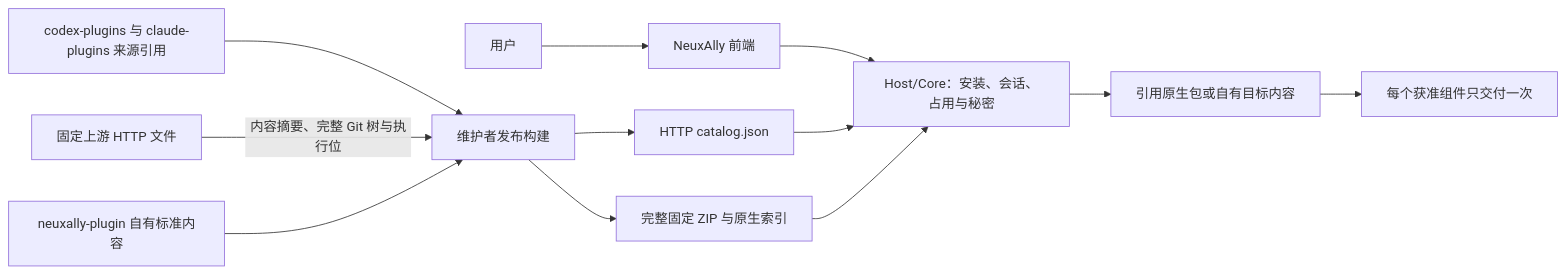
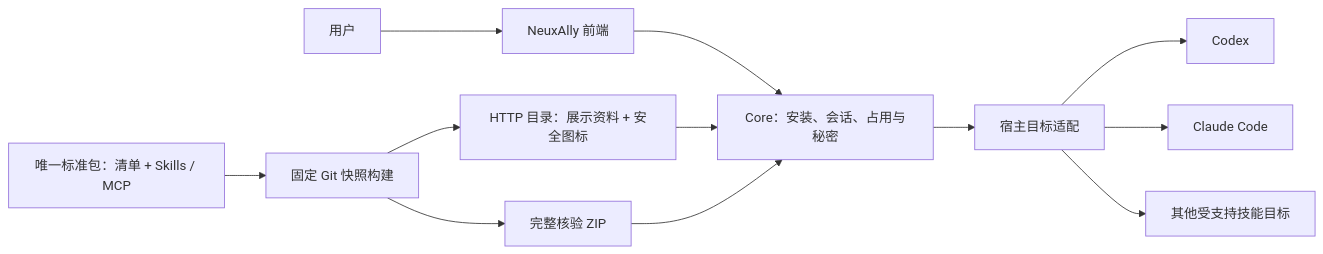
Before and after one commit to JieWaZi/NeuAally-Plugins: the first of 2 diagrams in README.zh-CN.md, drawn with Mermaid. The commit also changed other lines of this file and 604 other files, not shown here.

````diff
--- a/README.zh-CN.md
+++ b/README.zh-CN.md
@@ -30,14 +26,14 @@
 ```mermaid
 flowchart LR
-  Sources[codex-plugins 与 claude-plugins 来源引用] --> Build[维护者发布构建]
-  Upstream[固定上游 HTTP 文件] -->|内容摘要、完整 Git 树与执行位| Build
-  Own[neuxally-plugin 自有标准内容] --> Build
-  Build --> ZIP[完整固定 ZIP 与原生索引]
-  Build --> Catalog[HTTP catalog.json]
+  Package[唯一标准包：清单 + Skills / MCP] --> Build[固定 Git 快照构建]
+  Build --> Catalog[HTTP 目录：展示资料 + 安全图标]
+  Build --> ZIP[完整核验 ZIP]
   User[用户] --> UI[NeuxAlly 前端]
-  UI --> Core[Host/Core：安装、会话、占用与秘密]
+  UI --> Core[Core：安装、会话、占用与秘密]
   Catalog --> Core
   ZIP --> Core
-  Core --> Target[引用原生包或自有目标内容]
-  Target --> Runtime[每个获准组件只交付一次]
+  Core --> Adapter[宿主目标适配]
+  Adapter --> Codex[Codex]
+  Adapter --> Claude[Claude Code]
+  Adapter --> Skills[其他受支持技能目标]
 ```
````
